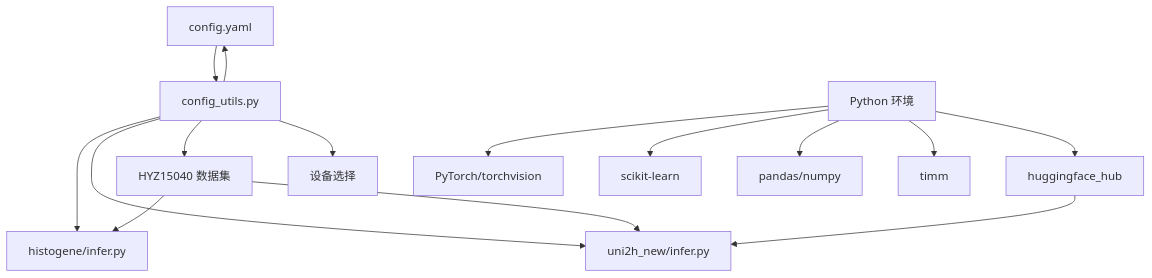
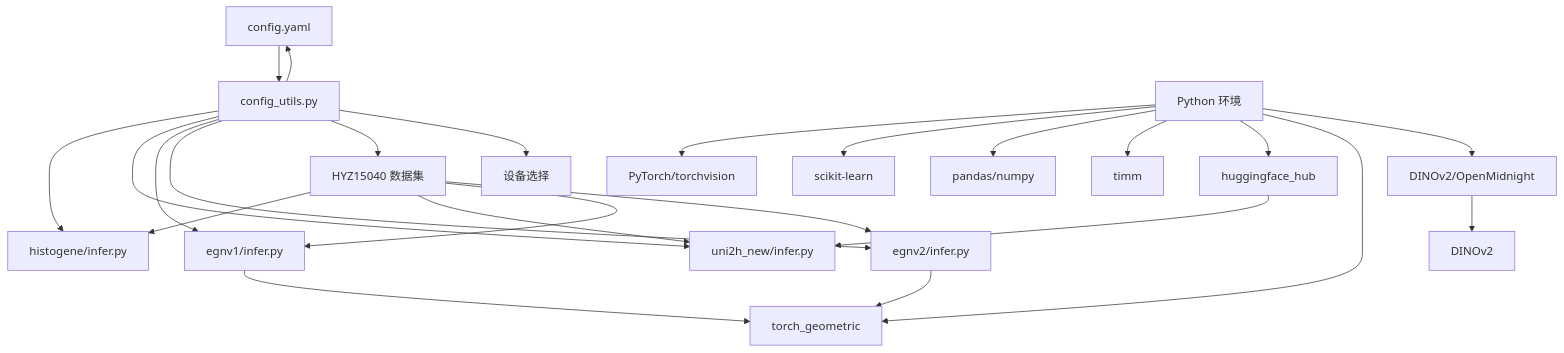
Before and after one commit to qzs610038-star/AI-esophagus-cancer-basedon-HF-HT: the fifth of 5 diagrams in .qoder/repowiki/zh/content/推理评估系统/推理评估系统.md, drawn with Mermaid. The commit also changed other lines of this file and 146 other files, not shown here.

````diff
--- a/.qoder/repowiki/zh/content/推理评估系统/推理评估系统.md
+++ b/.qoder/repowiki/zh/content/推理评估系统/推理评估系统.md
@@ -321,17 +457,26 @@
 ```mermaid
 graph TB
 CONFIG["config.yaml"] --> UTILS["config_utils.py"]
 UTILS --> HTG["histogene/infer.py"]
 UTILS --> U2H_NEW["uni2h_new/infer.py"]
+UTILS --> EGNV1["egnv1/infer.py"]
+UTILS --> EGNV2["egnv2/infer.py"]
 PY["Python 环境"] --> TORCH["PyTorch/torchvision"]
 PY --> SKLEARN["scikit-learn"]
 PY --> PD["pandas/numpy"]
 PY --> TIMM["timm"]
 PY --> HF["huggingface_hub"]
+PY --> PYG["torch_geometric"]
+PY --> OPENMIDNIGHT["DINOv2/OpenMidnight"]
 DATA["HYZ15040 数据集"] --> HTG
 DATA --> U2H_NEW
+DATA --> EGNV1
+DATA --> EGNV2
 HF --> U2H_NEW
 UTILS --> CONFIG
 UTILS --> DATA
 UTILS --> DEVICE["设备选择"]
+EGNV1 --> PYG
+EGNV2 --> PYG
+OPENMIDNIGHT --> DINOv2
 ```
````
